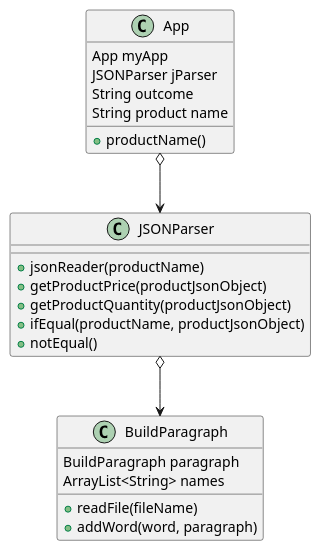
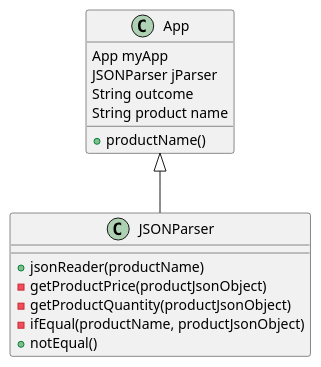
The diagram in src/main/java/oop/assignment3/ex44/assignment3_ex44_diagram.puml (savosburn/osburn-cop3330-assignment3), drawn with PlantUML before and after one commit.

Commit message:
plant uml

```diff
--- a/src/main/java/oop/assignment3/ex44/assignment3_ex44_diagram.puml
+++ b/src/main/java/oop/assignment3/ex44/assignment3_ex44_diagram.puml
@@ -1,29 +1,21 @@
 @startuml
 class App{
     App myApp
     JSONParser jParser
     String outcome
     String product name
 
     + productName()
 }
 
 class JSONParser{
     + jsonReader(productName)
-    + getProductPrice(productJsonObject)
-    + getProductQuantity(productJsonObject)
-    + ifEqual(productName, productJsonObject)
+    - getProductPrice(productJsonObject)
+    - getProductQuantity(productJsonObject)
+    - ifEqual(productName, productJsonObject)
     + notEqual()
 }
 
-class BuildParagraph {
-    BuildParagraph paragraph
-    ArrayList<String> names
+App <|-- JSONParser
 
-    + readFile(fileName)
-    + addWord(word, paragraph)
-}
-
-App o--> JSONParser
-JSONParser o--> BuildParagraph
 @enduml
```
